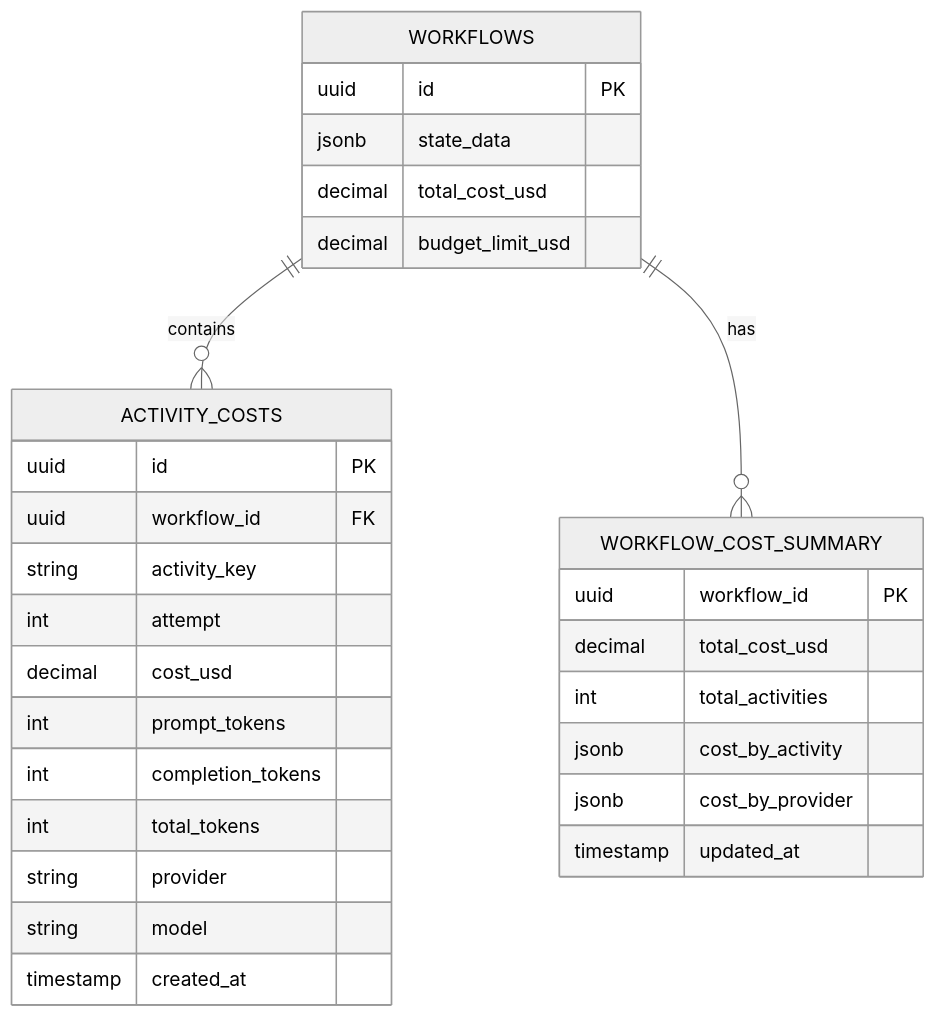
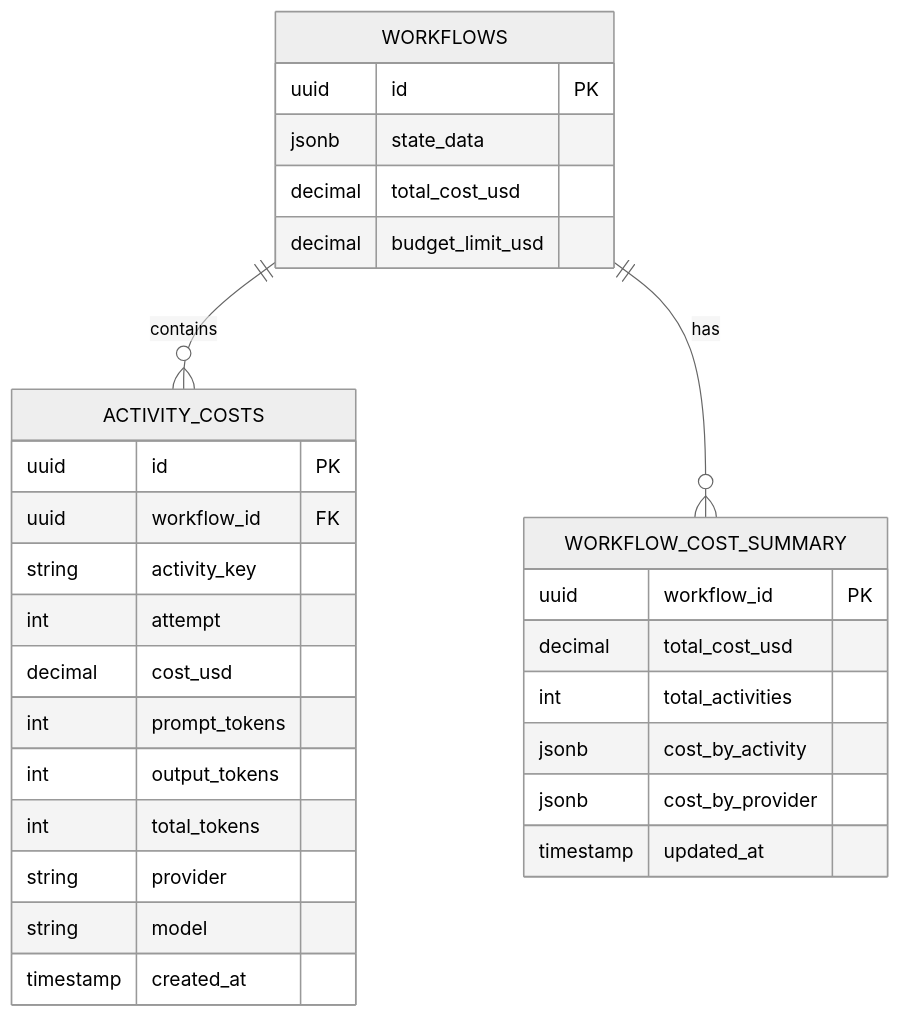
One commit to kruxia/kruxiaflow changed the second of 2 diagrams in docs/implementation/US-5.2-ai-cost-tracking.md. Above: the diagram before and after it, drawn with Mermaid (neutral theme). The commit also changed other lines of this file and 4 other files, not shown here.

````diff
--- a/docs/implementation/US-5.2-ai-cost-tracking.md
+++ b/docs/implementation/US-5.2-ai-cost-tracking.md
@@ -118,35 +118,35 @@
 ```mermaid
 erDiagram
     WORKFLOWS ||--o{ ACTIVITY_COSTS : contains
     WORKFLOWS ||--o{ WORKFLOW_COST_SUMMARY : has
 
     WORKFLOWS {
         uuid id PK
         jsonb state_data
         decimal total_cost_usd
         decimal budget_limit_usd
     }
 
     ACTIVITY_COSTS {
         uuid id PK
         uuid workflow_id FK
         string activity_key
         int attempt
         decimal cost_usd
         int prompt_tokens
-        int completion_tokens
+        int output_tokens
         int total_tokens
         string provider
         string model
         timestamp created_at
     }
 
     WORKFLOW_COST_SUMMARY {
         uuid workflow_id PK
         decimal total_cost_usd
         int total_activities
         jsonb cost_by_activity
         jsonb cost_by_provider
         timestamp updated_at
     }
 ```
````
